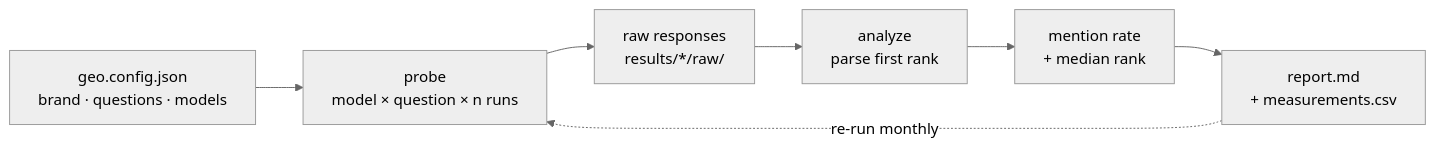
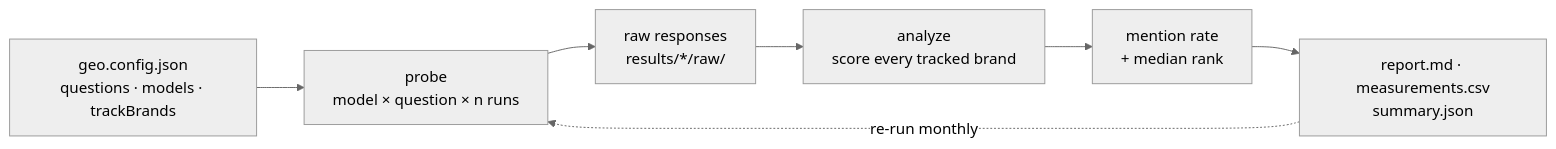
The diagram in README.md (choiaewoooon/geo-probe), drawn with Mermaid (neutral theme) before and after one commit. The commit also changed other lines of this file and 14 other files, not shown here.

First line of the commit message:
feat: 판세 화면 + trackBrands — 한 번의 측정으로 카테고리 전체를 본다

````diff
--- a/README.md
+++ b/README.md
@@ -86,9 +108,9 @@
 ```mermaid
 flowchart LR
-  A["geo.config.json<br/>brand · questions · models"] --> B["probe<br/>model × question × n runs"]
+  A["geo.config.json<br/>questions · models · trackBrands"] --> B["probe<br/>model × question × n runs"]
   B --> C["raw responses<br/>results/*/raw/"]
-  C --> D["analyze<br/>parse first rank"]
+  C --> D["analyze<br/>score every tracked brand"]
   D --> E["mention rate<br/>+ median rank"]
-  E --> F["report.md<br/>+ measurements.csv"]
+  E --> F["report.md · measurements.csv<br/>summary.json"]
   F -. "re-run monthly" .-> B
 ```
````
